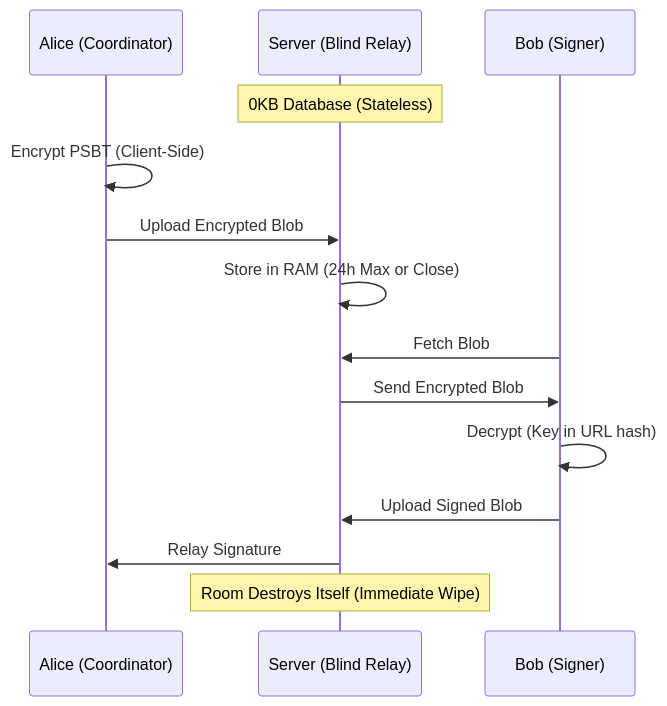
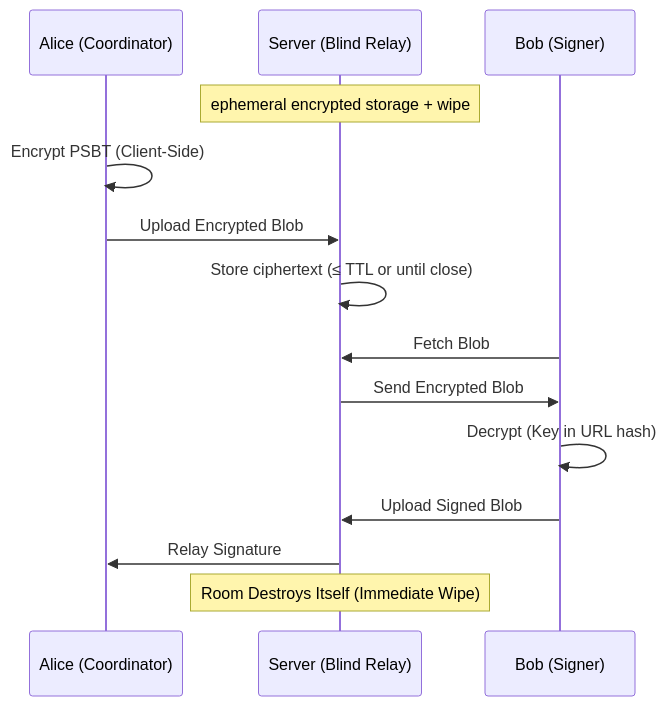
The diagram in README.md (scarlin90/signingroom), drawn with Mermaid before and after one commit. The commit also changed other lines of this file and 76 other files, not shown here.

````diff
--- a/README.md
+++ b/README.md
@@ -115,21 +116,21 @@
 ```mermaid
 sequenceDiagram
     participant A as Alice (Coordinator)
     participant S as Server (Blind Relay)
     participant B as Bob (Signer)
 
-    Note over S: 0KB Database (Stateless)
+    Note over S: ephemeral encrypted storage + wipe
 
     A->>A: Encrypt PSBT (Client-Side)
     A->>S: Upload Encrypted Blob
-    S->>S: Store in RAM (24h Max or Close)
+    S->>S: Store ciphertext (≤ TTL or until close)
 
     B->>S: Fetch Blob
     S->>B: Send Encrypted Blob
     B->>B: Decrypt (Key in URL hash)
 
     B->>S: Upload Signed Blob
     S->>A: Relay Signature
 
     Note over S: Room Destroys Itself (Immediate Wipe)
 ```
````
